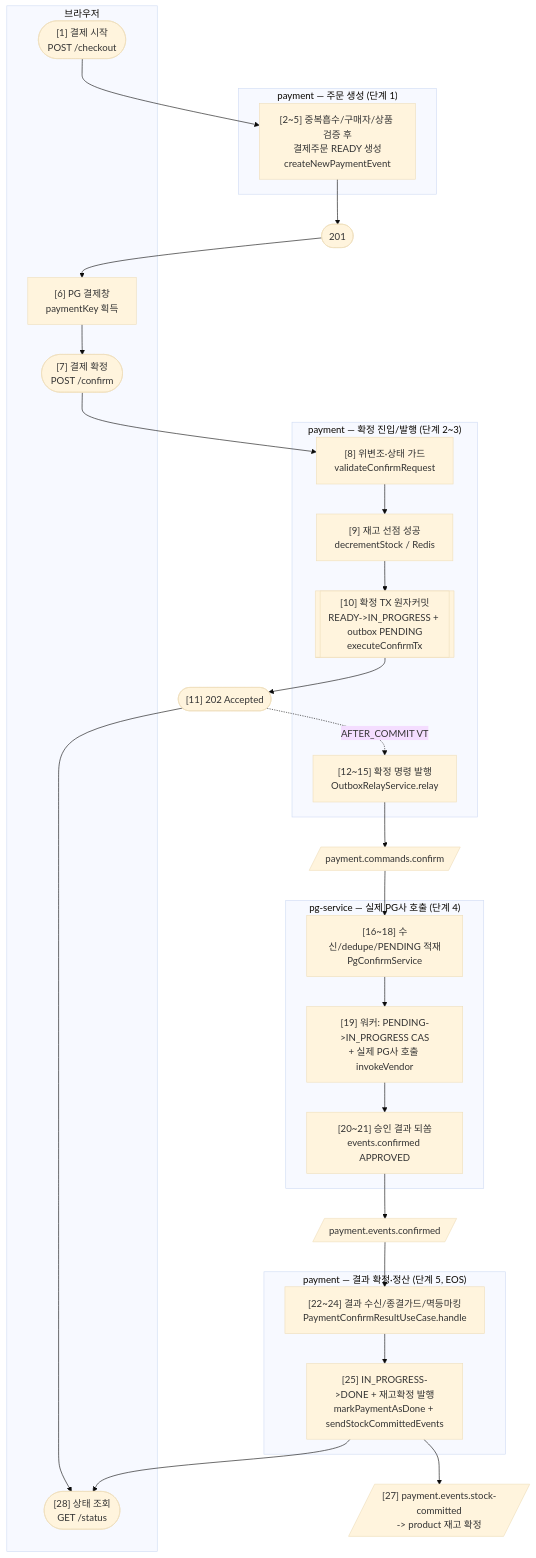
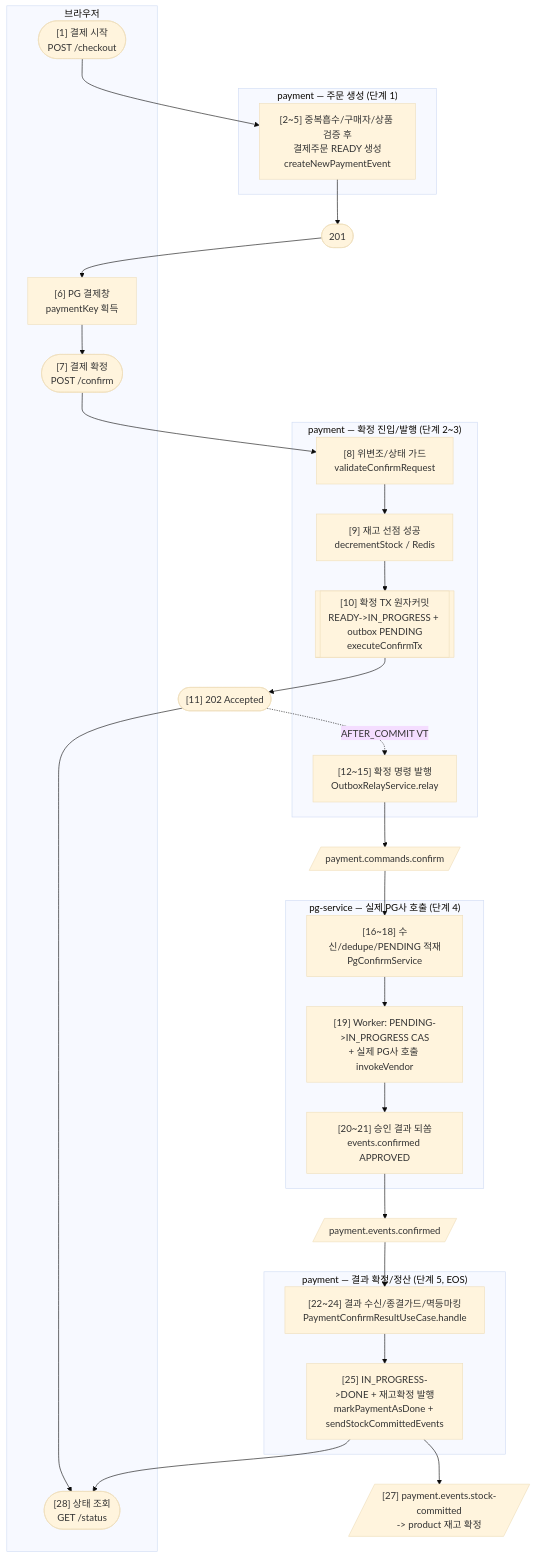
The second of 4 diagrams in docs/context/PAYMENT-FLOW-GUIDE.md (hyoguoo/payment-platform), drawn with Mermaid (base theme) before and after one commit. The commit also changed other lines of this file and 5 other files, not shown here.

````diff
--- a/docs/context/PAYMENT-FLOW-GUIDE.md
+++ b/docs/context/PAYMENT-FLOW-GUIDE.md
@@ -163,45 +165,45 @@
 ```mermaid
 flowchart TD
     subgraph BROWSER["브라우저"]
         CO(["[1] 결제 시작<br/>POST /checkout"])
         SDK["[6] PG 결제창<br/>paymentKey 획득"]
         CF(["[7] 결제 확정<br/>POST /confirm"])
         POLL(["[28] 상태 조회<br/>GET /status"])
     end
 
     subgraph PAY1["payment — 주문 생성 (단계 1)"]
         CREATE["[2~5] 중복흡수/구매자/상품 검증 후<br/>결제주문 READY 생성<br/>createNewPaymentEvent"]
     end
 
     CO --> CREATE --> C201(["201"]) --> SDK --> CF
 
     subgraph PAY2["payment — 확정 진입/발행 (단계 2~3)"]
-        VAL["[8] 위변조·상태 가드<br/>validateConfirmRequest"]
+        VAL["[8] 위변조/상태 가드<br/>validateConfirmRequest"]
         DECR["[9] 재고 선점 성공<br/>decrementStock / Redis"]
         ETX[["[10] 확정 TX 원자커밋<br/>READY->IN_PROGRESS + outbox PENDING<br/>executeConfirmTx"]]
         REL["[12~15] 확정 명령 발행<br/>OutboxRelayService.relay"]
     end
 
     CF --> VAL --> DECR --> ETX --> A202(["[11] 202 Accepted"])
     A202 -. AFTER_COMMIT VT .-> REL
     A202 --> POLL
     REL --> KC[/"payment.commands.confirm"/]
 
     subgraph PG["pg-service — 실제 PG사 호출 (단계 4)"]
         PGC["[16~18] 수신/dedupe/PENDING 적재<br/>PgConfirmService"]
-        PGW["[19] 워커: PENDING->IN_PROGRESS CAS<br/>+ 실제 PG사 호출 invokeVendor"]
+        PGW["[19] Worker: PENDING->IN_PROGRESS CAS<br/>+ 실제 PG사 호출 invokeVendor"]
         RA["[20~21] 승인 결과 되쏨<br/>events.confirmed APPROVED"]
     end
 
     KC --> PGC --> PGW --> RA
     RA --> KE[/"payment.events.confirmed"/]
 
-    subgraph PAY3["payment — 결과 확정·정산 (단계 5, EOS)"]
+    subgraph PAY3["payment — 결과 확정/정산 (단계 5, EOS)"]
         HANDLE["[22~24] 결과 수신/종결가드/멱등마킹<br/>PaymentConfirmResultUseCase.handle"]
         DONE["[25] IN_PROGRESS->DONE + 재고확정 발행<br/>markPaymentAsDone + sendStockCommittedEvents"]
     end
 
     KE --> HANDLE --> DONE
     DONE --> SC[/"[27] payment.events.stock-committed<br/>-> product 재고 확정"/]
     DONE --> POLL
 ```
````
